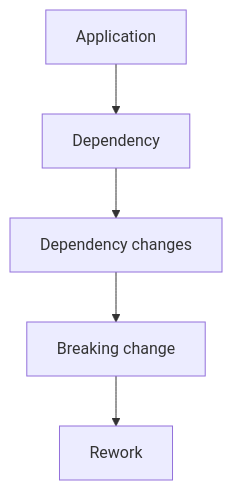
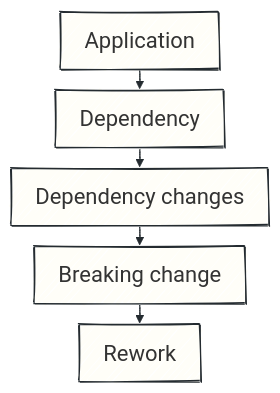
The fifth of 5 diagrams in slides.md (b0ul17/real-world-rewrite), drawn with Mermaid before and after one commit. The commit also changed other lines of this file and 11 other files, not shown here.

````diff
--- a/slides.md
+++ b/slides.md
@@ -340,7 +384,26 @@
 ```mermaid
+---
+config:
+  look: handDrawn
+  handDrawnSeed: 42
+  fontFamily: Patrick Hand
+  flowchart:
+    padding: 12
+    rankSpacing: 18
+    wrappingWidth: 260
+  themeVariables:
+    fontFamily: Patrick Hand
+    fontSize: 22px
+    primaryColor: '#fffef8'
+    primaryTextColor: '#242b30'
+    primaryBorderColor: '#242b30'
+    mainBkg: '#fffef8'
+    nodeBorder: '#242b30'
+    lineColor: '#242b30'
+---
 flowchart TD
     A[Application] --> B[Dependency]
     B --> C[Dependency changes]
     C --> D[Breaking change]
     D --> E[Rework]
 ```
````
